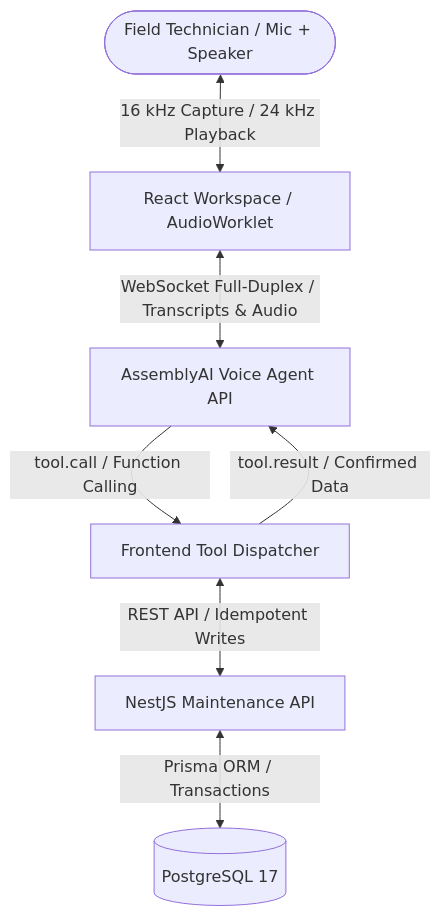
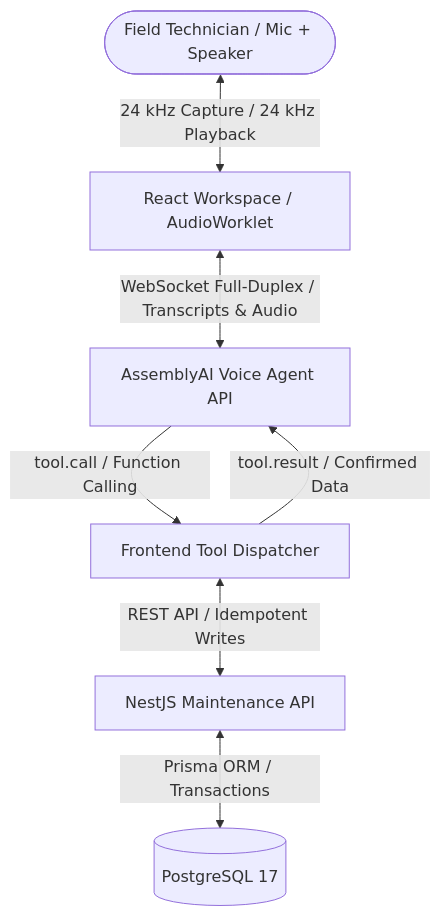
One commit to emeralddd123/fieldMateAI changed the diagram in README.md. Above: the diagram before and after it, drawn with Mermaid. The commit also changed other lines of this file and 13 other files, not shown here.

````diff
--- a/README.md
+++ b/README.md
@@ -34,12 +34,12 @@
 ```mermaid
 flowchart TD
-    Tech([Field Technician / Mic + Speaker]) <-->|16 kHz Capture / 24 kHz Playback| Web[React Workspace / AudioWorklet]
+    Tech([Field Technician / Mic + Speaker]) <-->|24 kHz Capture / 24 kHz Playback| Web[React Workspace / AudioWorklet]
 
     Web <-->|WebSocket Full-Duplex / Transcripts & Audio| AAI[AssemblyAI Voice Agent API]
 
     AAI -->|tool.call / Function Calling| Disp[Frontend Tool Dispatcher]
     Disp -->|tool.result / Confirmed Data| AAI
 
     Disp <-->|REST API / Idempotent Writes| API[NestJS Maintenance API]
     API <-->|Prisma ORM / Transactions| DB[(PostgreSQL 17)]
 ```
````
